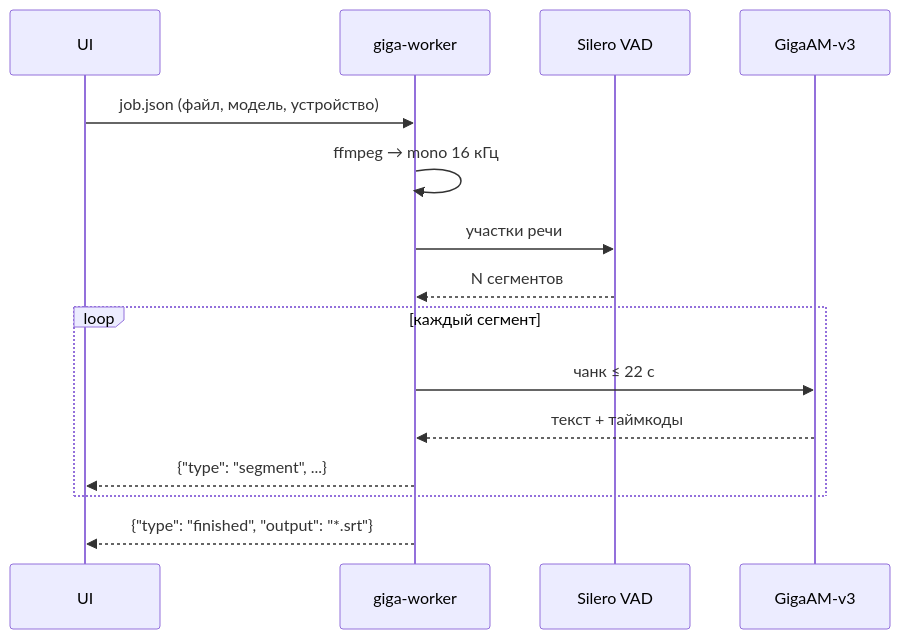
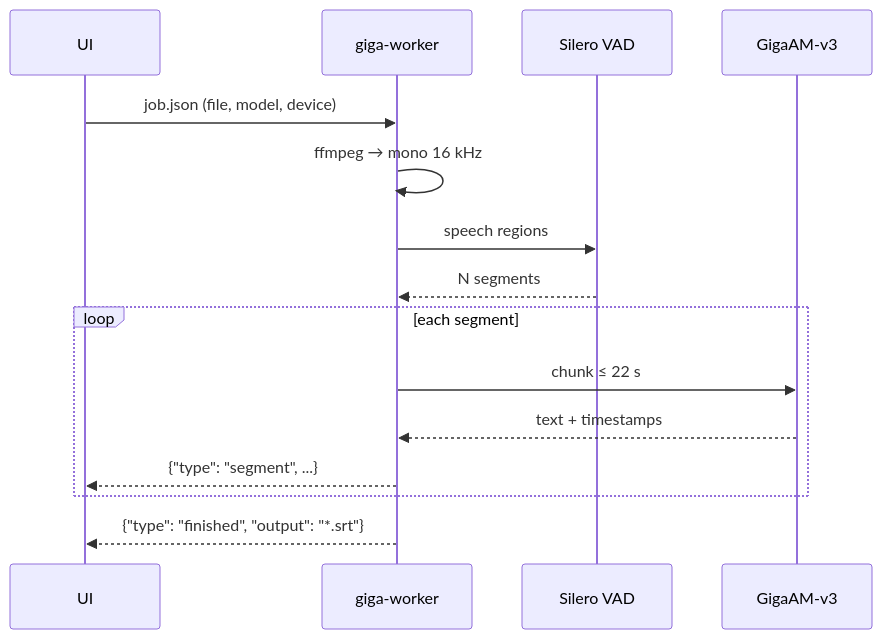
Before and after one commit to kwexz/GigaAM-UI: the second of 4 diagrams in README.md, drawn with Mermaid. The commit also changed other lines of this file and 1 other file, not shown here.

````diff
--- a/README.md
+++ b/README.md
@@ -45,17 +47,17 @@
 ```mermaid
 sequenceDiagram
     participant U as UI
     participant W as giga-worker
     participant V as Silero VAD
     participant G as GigaAM-v3
-    U->>W: job.json (файл, модель, устройство)
-    W->>W: ffmpeg → mono 16 кГц
-    W->>V: участки речи
-    V-->>W: N сегментов
-    loop каждый сегмент
-        W->>G: чанк ≤ 22 с
-        G-->>W: текст + таймкоды
+    U->>W: job.json (file, model, device)
+    W->>W: ffmpeg → mono 16 kHz
+    W->>V: speech regions
+    V-->>W: N segments
+    loop each segment
+        W->>G: chunk ≤ 22 s
+        G-->>W: text + timestamps
         W-->>U: {"type": "segment", ...}
     end
     W-->>U: {"type": "finished", "output": "*.srt"}
 ```
````
